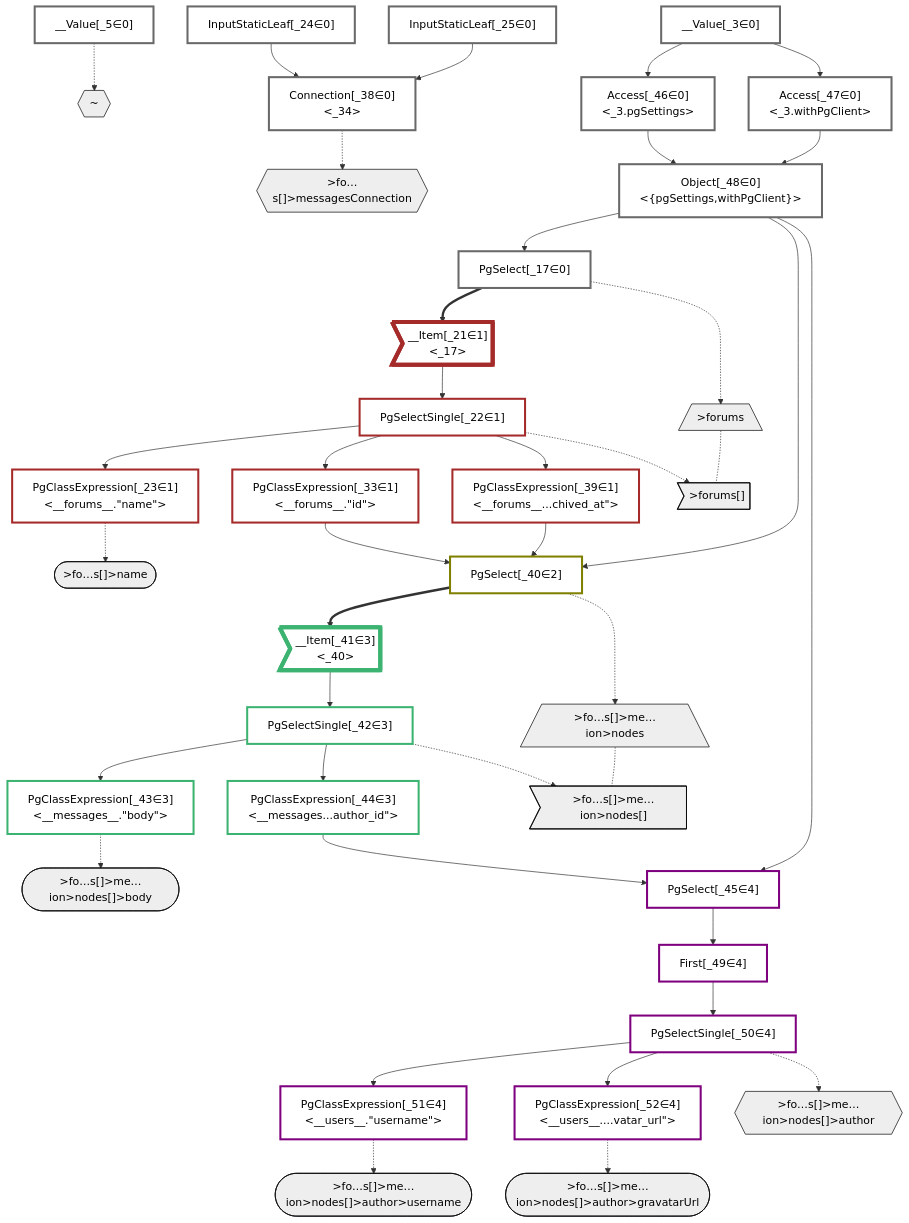
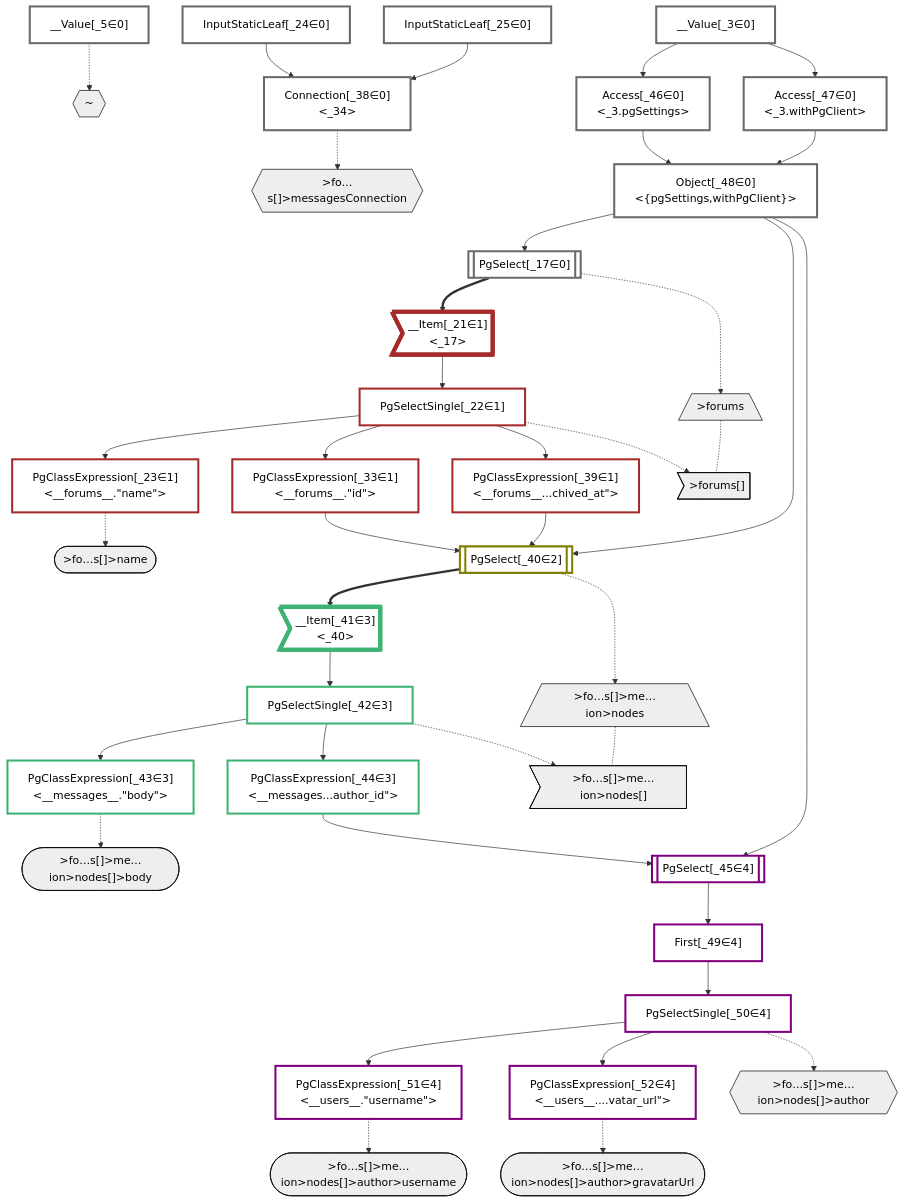
One commit to graphile/crystal changed the diagram in packages/dataplan-pg/__tests__/queries/conditions/archived-forum-inherited-messages.stream-4.deopt.mermaid.md. Above: the diagram before and after it, drawn with Mermaid. The commit also changed 195 other files, not shown here.

```diff
--- a/packages/dataplan-pg/__tests__/queries/conditions/archived-forum-inherited-messages.stream-4.deopt.mermaid.md
+++ b/packages/dataplan-pg/__tests__/queries/conditions/archived-forum-inherited-messages.stream-4.deopt.mermaid.md
@@ -32,7 +32,7 @@
     %% define plans
     __Value_3["__Value[_3∈0]<br /><context>"]:::plan
     __Value_5["__Value[_5∈0]<br /><rootValue>"]:::plan
-    PgSelect_17["PgSelect[_17∈0]<br /><forums>"]:::plan
+    PgSelect_17[["PgSelect[_17∈0]<br /><forums>"]]:::plan
     __Item_21>"__Item[_21∈1]<br /><_17>"]:::itemplan
     PgSelectSingle_22["PgSelectSingle[_22∈1]<br /><forums>"]:::plan
     PgClassExpression_23["PgClassExpression[_23∈1]<br /><__forums__.#quot;name#quot;>"]:::plan
@@ -41,12 +41,12 @@
     PgClassExpression_33["PgClassExpression[_33∈1]<br /><__forums__.#quot;id#quot;>"]:::plan
     Connection_38["Connection[_38∈0]<br /><_34>"]:::plan
     PgClassExpression_39["PgClassExpression[_39∈1]<br /><__forums__...chived_at#quot;>"]:::plan
-    PgSelect_40["PgSelect[_40∈2]<br /><messages>"]:::plan
+    PgSelect_40[["PgSelect[_40∈2]<br /><messages>"]]:::plan
     __Item_41>"__Item[_41∈3]<br /><_40>"]:::itemplan
     PgSelectSingle_42["PgSelectSingle[_42∈3]<br /><messages>"]:::plan
     PgClassExpression_43["PgClassExpression[_43∈3]<br /><__messages__.#quot;body#quot;>"]:::plan
     PgClassExpression_44["PgClassExpression[_44∈3]<br /><__messages...author_id#quot;>"]:::plan
-    PgSelect_45["PgSelect[_45∈4]<br /><users>"]:::plan
+    PgSelect_45[["PgSelect[_45∈4]<br /><users>"]]:::plan
     Access_46["Access[_46∈0]<br /><_3.pgSettings>"]:::plan
     Access_47["Access[_47∈0]<br /><_3.withPgClient>"]:::plan
     Object_48["Object[_48∈0]<br /><{pgSettings,withPgClient}>"]:::plan
```
